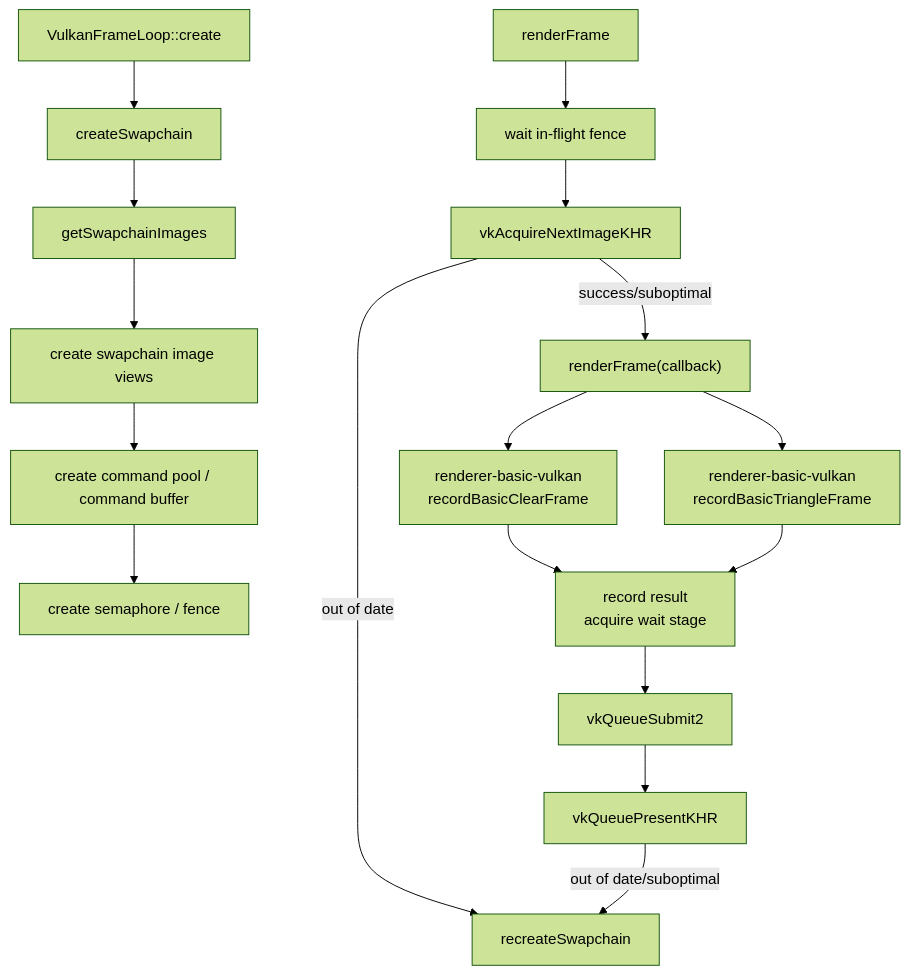
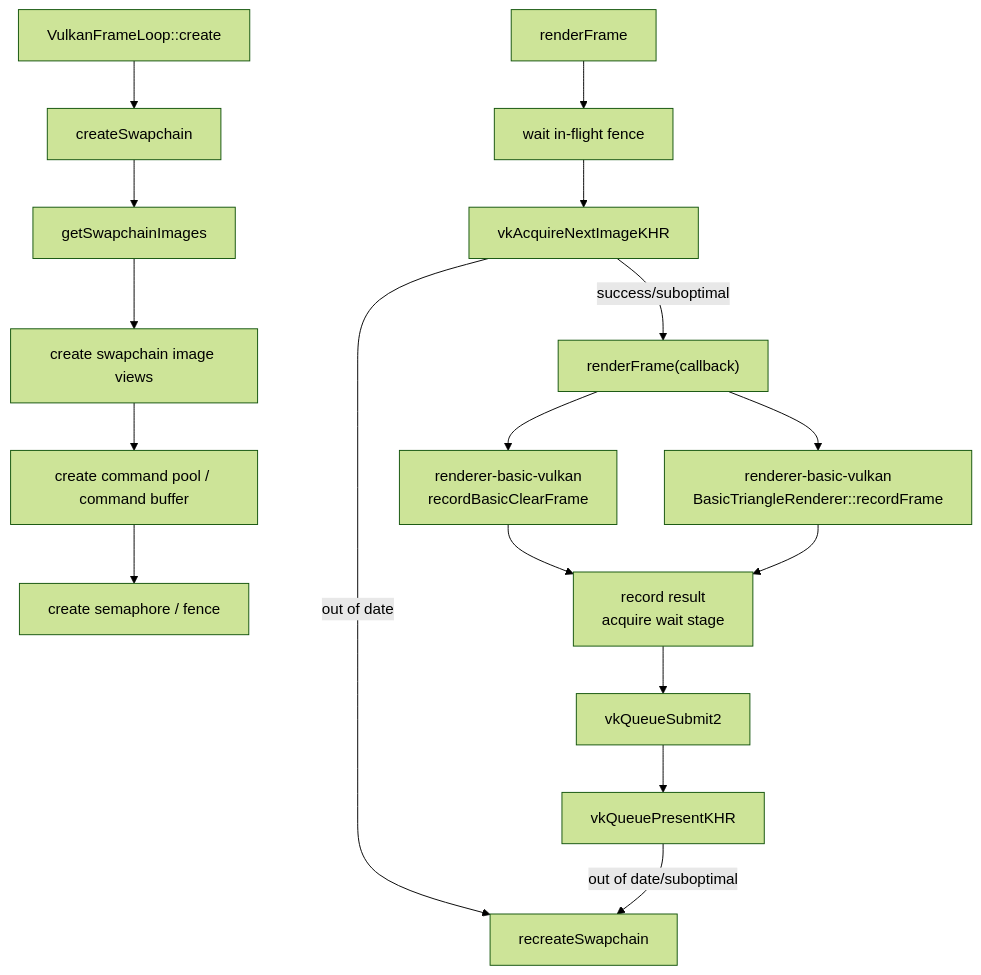
Before and after one commit to 66six11/Engine: the third of 9 diagrams in docs/flow-architecture.md, drawn with Mermaid (forest theme). The commit also changed other lines of this file and 5 other files, not shown here.

Commit message:
Move triangle pipeline setup into renderer basic

````diff
--- a/docs/flow-architecture.md
+++ b/docs/flow-architecture.md
@@ -111,26 +111,26 @@
 ```mermaid
 flowchart TD
     Create["VulkanFrameLoop::create"]
     Swapchain["createSwapchain"]
     Images["getSwapchainImages"]
     Views["create swapchain image views"]
     Cmd["create command pool / command buffer"]
     Sync["create semaphore / fence"]
     Render["renderFrame"]
     Wait["wait in-flight fence"]
     Acquire["vkAcquireNextImageKHR"]
     Record["renderFrame(callback)"]
     GraphClear["renderer-basic-vulkan<br/>recordBasicClearFrame"]
-    Triangle["renderer-basic-vulkan<br/>recordBasicTriangleFrame"]
+    Triangle["renderer-basic-vulkan<br/>BasicTriangleRenderer::recordFrame"]
     WaitStage["record result<br/>acquire wait stage"]
     Submit["vkQueueSubmit2"]
     Present["vkQueuePresentKHR"]
     Recreate["recreateSwapchain"]
 
     Create --> Swapchain --> Images --> Views --> Cmd --> Sync
     Render --> Wait --> Acquire
     Acquire -->|success/suboptimal| Record --> GraphClear --> WaitStage --> Submit --> Present
     Record --> Triangle --> WaitStage
     Acquire -->|out of date| Recreate
     Present -->|out of date/suboptimal| Recreate
 ```
````
